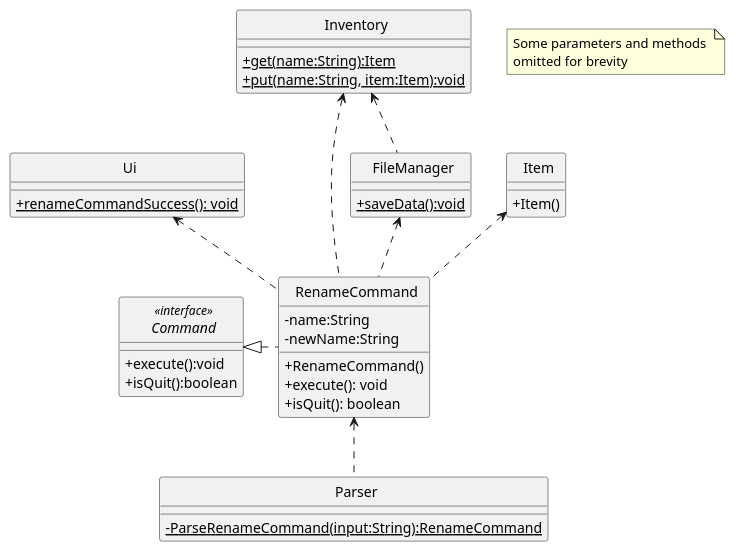
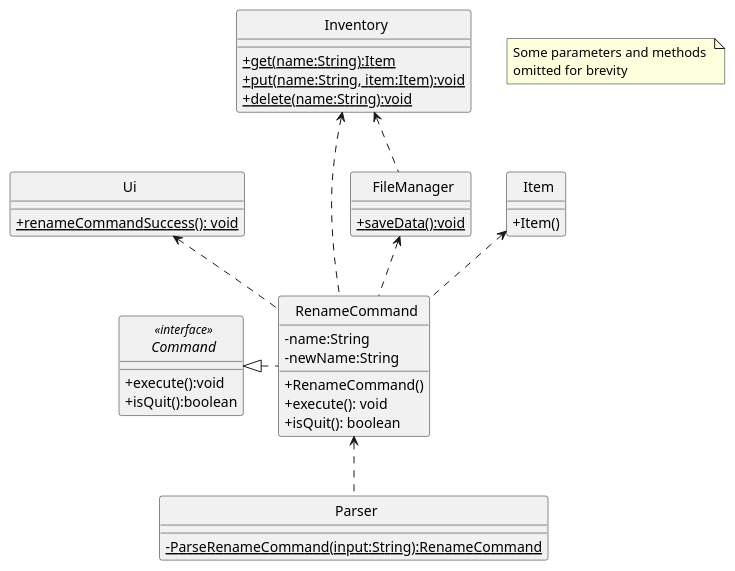
One commit to rismm/tp changed the first of 2 diagrams in docs/uml-diagrams/RenameCommand.puml. Above: the diagram before and after it, drawn with PlantUML. The commit also changed other lines of this file and 5 other files, not shown here.

```diff
--- a/docs/uml-diagrams/RenameCommand.puml
+++ b/docs/uml-diagrams/RenameCommand.puml
@@ -1,59 +1,60 @@
 @startuml
 'https://plantuml.com/class-diagram
 skinparam classAttributeIconSize 0
 skinparam CircledCharacterFontSize 0
 skinparam CircledCharacterRadius 0
 
 interface Command
 class Ui
 class Inventory
 class Item
 class RenameCommand
 class Parser
 class FileManager
 
 RenameCommand <.. Parser
 Command <|. RenameCommand
 Ui <.. RenameCommand
 Inventory <.. RenameCommand
 Item <.. RenameCommand
 FileManager <.. RenameCommand
 Inventory <.. FileManager
 
 interface Command <<interface>> {
     +execute():void
     +isQuit():boolean
 }
 
 class RenameCommand {
     -name:String
     -newName:String
     +RenameCommand()
     +execute(): void
     +isQuit(): boolean
 }
 
 class Item {
     +Item()
 }
 
 class Ui {
     {static}+renameCommandSuccess(): void
 }
 
 class Parser {
     {static}-ParseRenameCommand(input:String):RenameCommand
 }
 
 class Inventory {
     {static}+get(name:String):Item
     {static}+put(name:String, item:Item):void
+    {static}+delete(name:String):void
 }
 
 class FileManager {
     {static}+saveData():void
 }
 
 note "Some parameters and methods \nomitted for brevity" as n1
 
 @enduml
```
